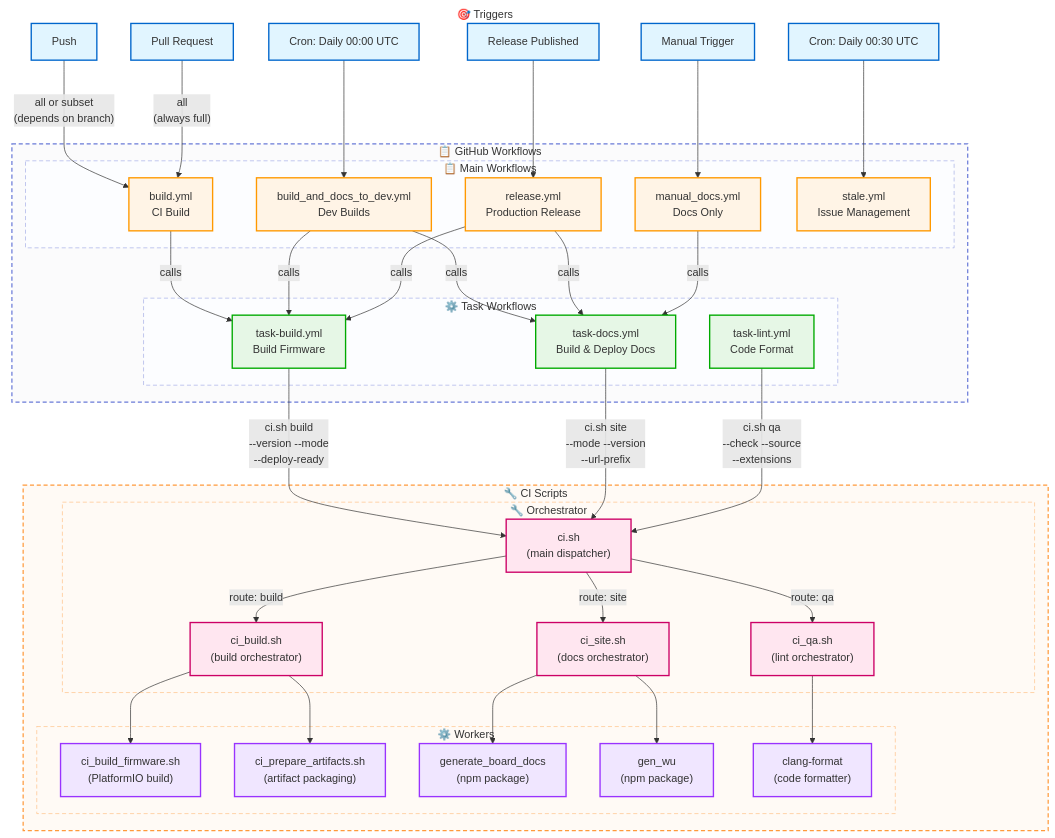
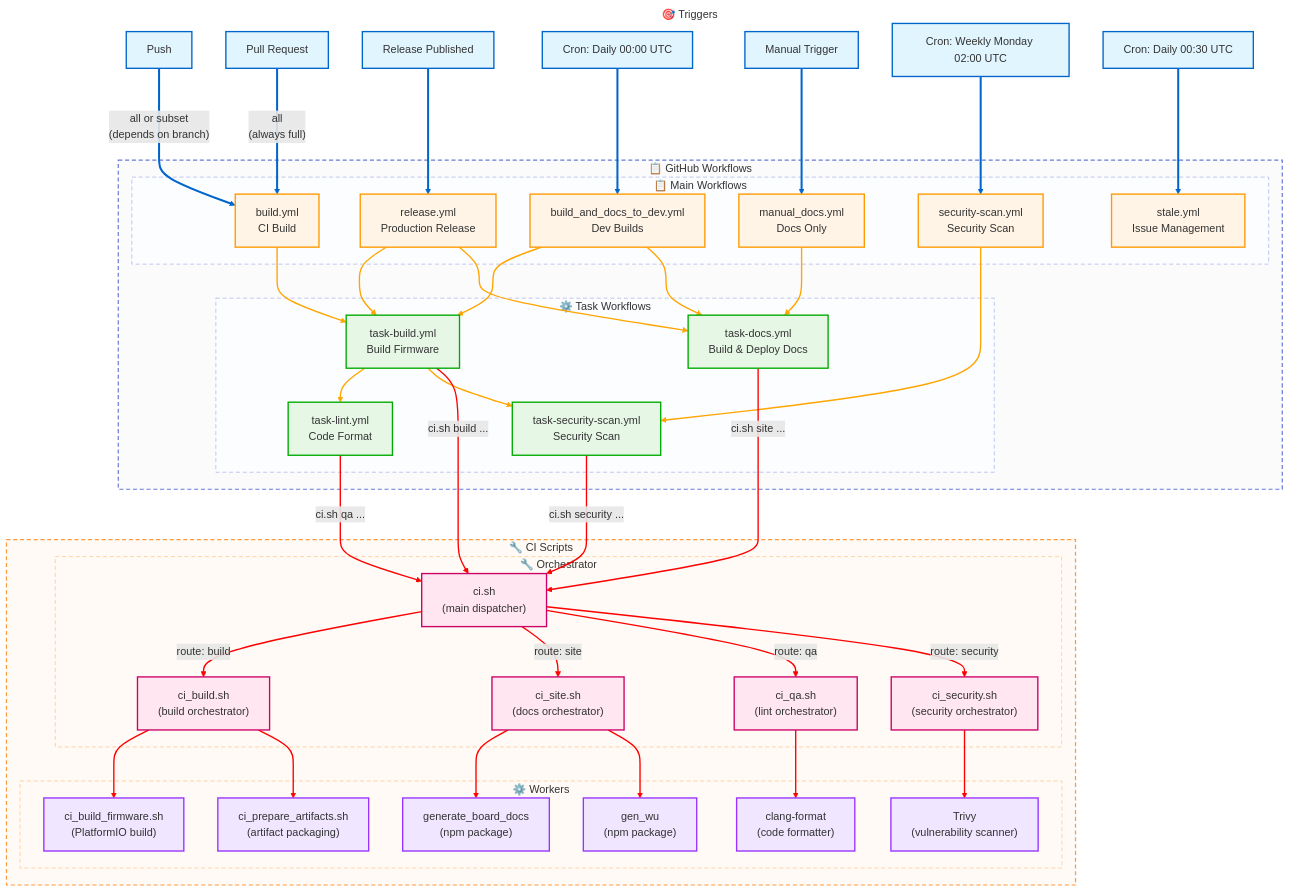
Before and after one commit to 1technophile/OpenMQTTGateway: the diagram in .github/workflows/README.md, drawn with Mermaid. The commit also changed other lines of this file and 17 other files, not shown here.

First line of the commit message:
Add security scan workflows for vulnerability detection

````diff
--- a/.github/workflows/README.md
+++ b/.github/workflows/README.md
@@ -44,31 +48,36 @@
 ```mermaid
+
 flowchart TD
     %% Triggers
     subgraph triggers ["🎯 Triggers"]
         push["Push"]
         pr["Pull Request"]
         release["Release Published"]
+         cron1["Cron: Daily 00:00 UTC"]
         manual["Manual Trigger"]
-        cron1["Cron: Daily 00:00 UTC"]
+       cron3["Cron: Weekly Monday 02:00 UTC"]
         cron2["Cron: Daily 00:30 UTC"]
+        
     end
 
 subgraph github_workflows ["📋 GitHub Workflows"]
     %% Main Workflows
     subgraph main ["📋 Main Workflows"]
         build["build.yml<br/>CI Build"]
-        
         release_wf["release.yml<br/>Production Release"]
+        build_dev["build_and_docs_to_dev.yml<br/>Dev Builds"]
+        security_scan["security-scan.yml<br/>Security Scan"]
+        stale["stale.yml<br/>Issue Management"]
         manual_docs["manual_docs.yml<br/>Docs Only"]
-        build_dev["build_and_docs_to_dev.yml<br/>Dev Builds"]
-        stale["stale.yml<br/>Issue Management"]
     end
 
     %% Task Workflows
     subgraph tasks ["⚙️ Task Workflows"]
         task_build["task-build.yml<br/>Build Firmware"]
+        task_lint["task-lint.yml<br/>Code Format"]
+        task_security["task-security-scan.yml<br/>Security Scan"]
         task_docs["task-docs.yml<br/>Build & Deploy Docs"]
-        task_lint["task-lint.yml<br/>Code Format"]
+
     end
 end
 
@@ -79,6 +88,7 @@
         ci_build_script["ci_build.sh<br/>(build orchestrator)"]
         ci_site_script["ci_site.sh<br/>(docs orchestrator)"]
         ci_qa_script["ci_qa.sh<br/>(lint orchestrator)"]
+        ci_security_script["ci_security.sh<br/>(security orchestrator)"]
     end
 
     %% Sub-Scripts Layer
@@ -88,6 +98,7 @@
         gen_board["generate_board_docs<br/>(npm package)"]
         gen_wu["gen_wu<br/>(npm package)"]
         clang_fmt["clang-format<br/>(code formatter)"]
+        trivy["Trivy<br/>(vulnerability scanner)"]
     end
 end
 
@@ -99,24 +110,32 @@
     manual --> manual_docs
     cron1 --> build_dev
     cron2 --> stale
+    cron3 --> security_scan
 
     %% Main workflow to task workflow connections
-    build -->|calls| task_build
-    build_dev -->|calls| task_build
-    build_dev -->|calls| task_docs
-    release_wf -->|calls| task_build
-    release_wf -->|calls| task_docs
-    manual_docs -->|calls| task_docs
+    build --> task_build
+    build_dev --> task_build
+    build_dev --> task_docs
+    release_wf --> task_build
+    release_wf --> task_docs
+    manual_docs --> task_docs
+    security_scan --> task_security
+
+    %% Task workflow internal dependencies
+    task_build --> task_lint
+    task_build --> task_security
 
     %% Task workflows to CI scripts
-    task_build -->|"ci.sh build<br/>--version --mode<br/>--deploy-ready"| ci_main
-    task_docs -->|"ci.sh site<br/>--mode --version<br/>--url-prefix"| ci_main
-    task_lint -->|"ci.sh qa<br/>--check --source<br/>--extensions"| ci_main
+    task_build -->|"ci.sh build ..."| ci_main
+    task_docs -->|"ci.sh site ..."| ci_main
+    task_lint -->|"ci.sh qa ..."| ci_main
+    task_security -->|"ci.sh security ..."| ci_main
 
     %% CI main dispatcher to orchestrators
     ci_main -->|"route: build"| ci_build_script
     ci_main -->|"route: site"| ci_site_script
     ci_main -->|"route: qa"| ci_qa_script
+    ci_main -->|"route: security"| ci_security_script
 
     %% Orchestrators to workers
     ci_build_script --> ci_build_fw
@@ -127,6 +146,8 @@
     
     ci_qa_script --> clang_fmt
 
+    ci_security_script --> trivy
+
     %% Styling
     classDef triggerStyle fill:#e1f5ff,stroke:#0066cc,stroke-width:2px
     classDef mainStyle fill:#fff4e6,stroke:#ff9900,stroke-width:2px
@@ -134,11 +155,11 @@
     classDef ciStyle fill:#ffe6f0,stroke:#cc0066,stroke-width:2px
     classDef subStyle fill:#f0e6ff,stroke:#9933ff,stroke-width:2px
     
-    class push,pr,release,manual,cron1,cron2 triggerStyle
-    class build,release_wf,manual_docs,build_dev,stale mainStyle
-    class task_build,task_docs,task_lint taskStyle
-    class ci_main,ci_build_script,ci_site_script,ci_qa_script ciStyle
-    class ci_build_fw,ci_prep_art,gen_board,gen_wu,clang_fmt subStyle
+    class push,pr,release,manual,cron1,cron2,cron3 triggerStyle
+    class build,release_wf,manual_docs,build_dev,stale,security_scan mainStyle
+    class task_build,task_docs,task_lint,task_security taskStyle
+    class ci_main,ci_build_script,ci_site_script,ci_qa_script,ci_security_script ciStyle
+    class ci_build_fw,ci_prep_art,gen_board,gen_wu,clang_fmt,trivy subStyle
 
     
     style github_workflows stroke:#6A7BD8,stroke-dasharray:6 4,stroke-width:1.8px,fill:#fbfbfc
@@ -150,5 +171,9 @@
     style sub_scripts stroke:#FF9A3C,stroke-dasharray:6 4,stroke-width:0.6px,fill:#fffaf5
 
     style triggers fill:none,stroke:none
+
+    linkStyle 0,1,2,3,4,5,6 stroke:#0066cc,stroke-width:3px;
+    linkStyle 7,8,9,10,11,12,13,14,15 stroke:orange, stroke-width:2px;
+    linkStyle 16,17,18,19,20,21,22,23,24,25,26,27,28,29 stroke:red, stroke-width:2px;
     
 ```
````
